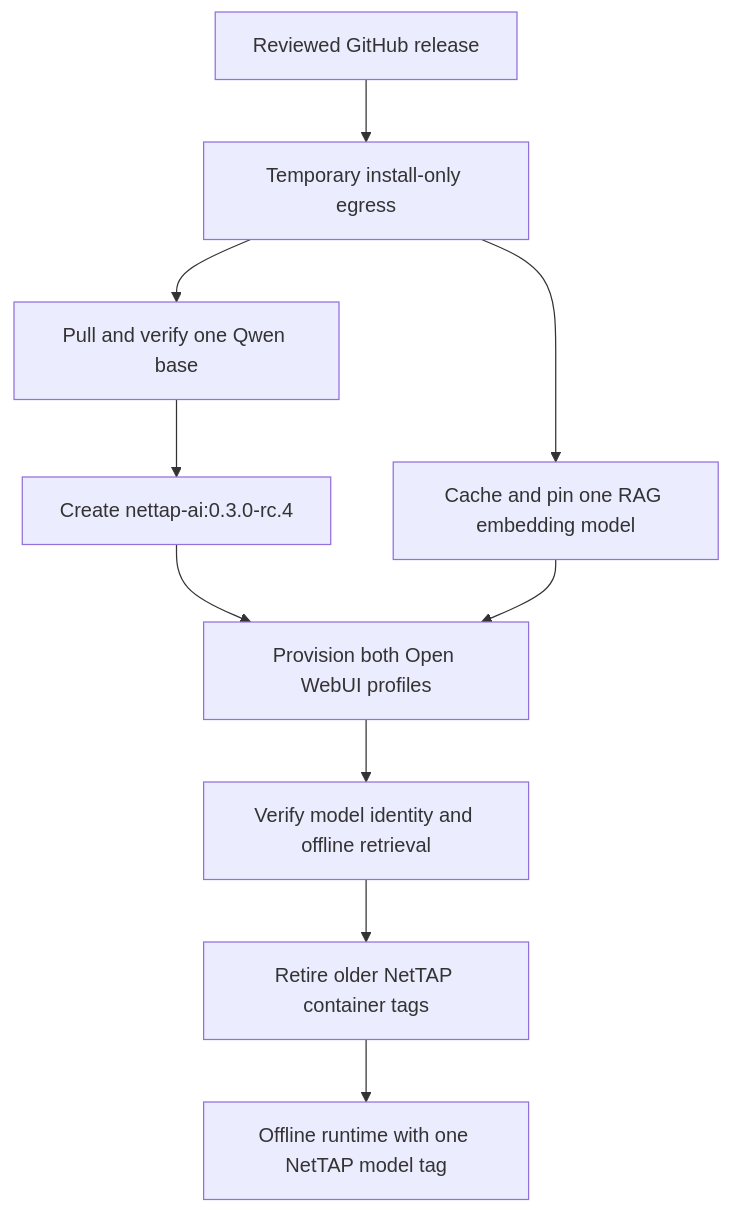
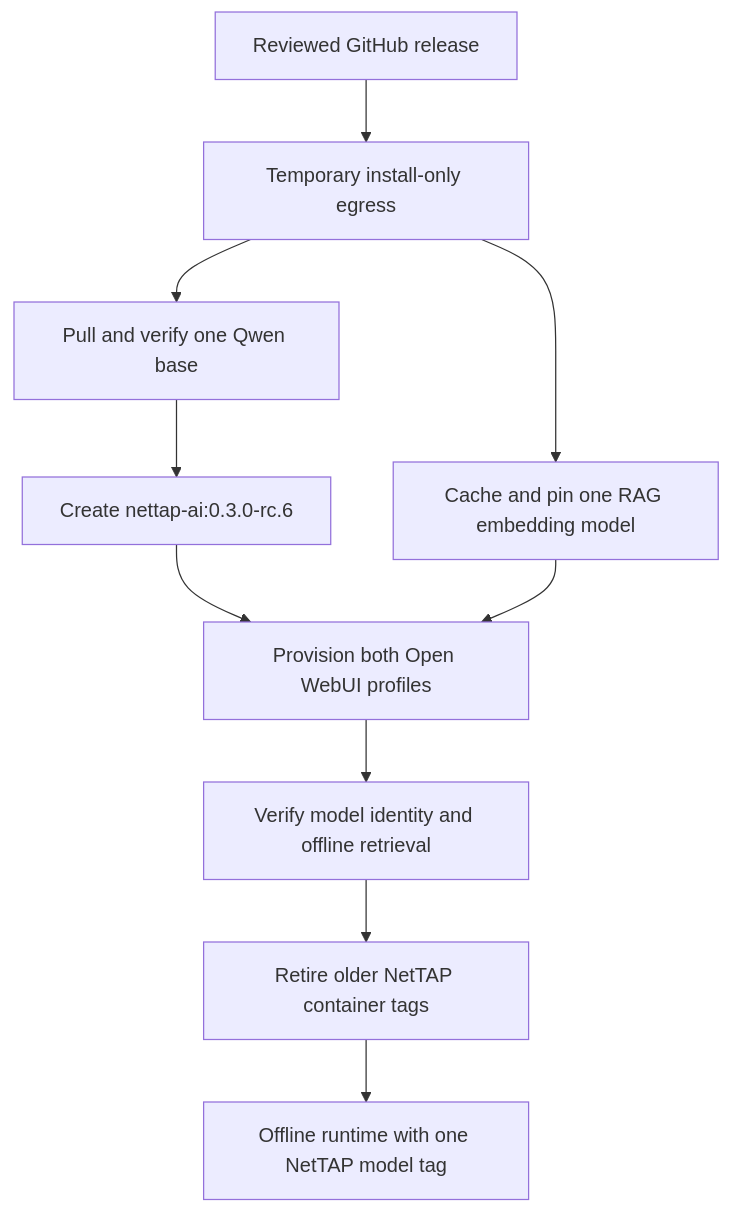
The second of 2 diagrams in docs/ARCHITECTURE.md (mpdwyer2367/nettap-packet-expert), drawn with Mermaid before and after one commit. The commit also changed other lines of this file and 86 other files, not shown here.

````diff
--- a/docs/ARCHITECTURE.md
+++ b/docs/ARCHITECTURE.md
@@ -32,12 +33,12 @@
 ```mermaid
 flowchart TB
     G["Reviewed GitHub release"] --> T["Temporary install-only egress"]
     T --> Q["Pull and verify one Qwen base"]
     T --> R["Cache and pin one RAG embedding model"]
-    Q --> C["Create nettap-ai:0.3.0-rc.4"]
+    Q --> C["Create nettap-ai:0.3.0-rc.6"]
     C --> P["Provision both Open WebUI profiles"]
     R --> P
     P --> V["Verify model identity and offline retrieval"]
     V --> X["Retire older NetTAP container tags"]
     X --> F["Offline runtime with one NetTAP model tag"]
 ```
````
